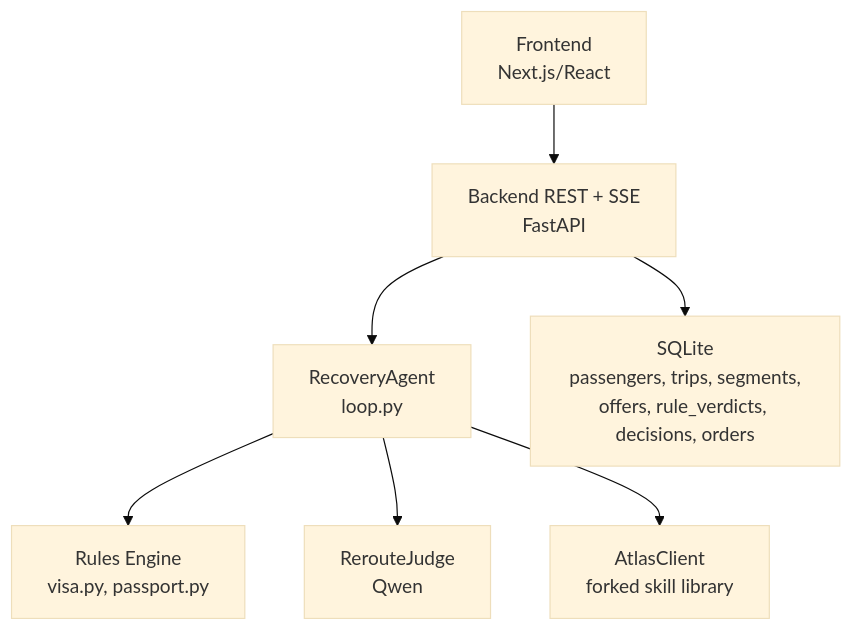
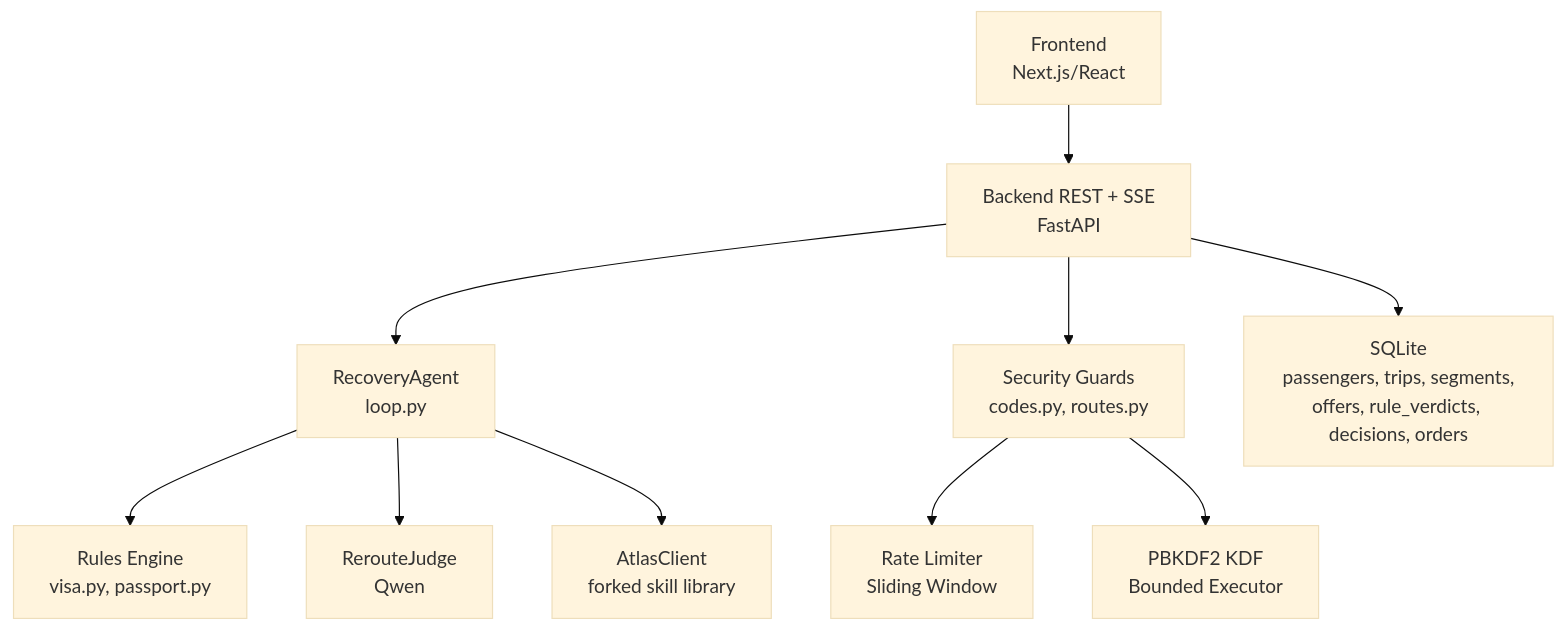
Before and after one commit to jaydonnnk/waypoint: the first of 4 diagrams in .qoder/repowiki/en/content/Security & Safety/Security & Safety.md, drawn with Mermaid (base theme). The commit also changed other lines of this file and 14 other files, not shown here.

````diff
--- a/.qoder/repowiki/en/content/Security & Safety/Security & Safety.md
+++ b/.qoder/repowiki/en/content/Security & Safety/Security & Safety.md
@@ -44,9 +50,12 @@
 ```mermaid
 graph TB
 FE["Frontend<br/>Next.js/React"] --> API["Backend REST + SSE<br/>FastAPI"]
 API --> Agent["RecoveryAgent<br/>loop.py"]
+API --> Security["Security Guards<br/>codes.py, routes.py"]
 Agent --> Rules["Rules Engine<br/>visa.py, passport.py"]
 Agent --> Judge["RerouteJudge<br/>Qwen"]
 Agent --> Atlas["AtlasClient<br/>forked skill library"]
 API --> DB["SQLite<br/>passengers, trips, segments,<br/>offers, rule_verdicts, decisions, orders"]
+Security --> RateLimit["Rate Limiter<br/>Sliding Window"]
+Security --> KDF["PBKDF2 KDF<br/>Bounded Executor"]
 ```
````
